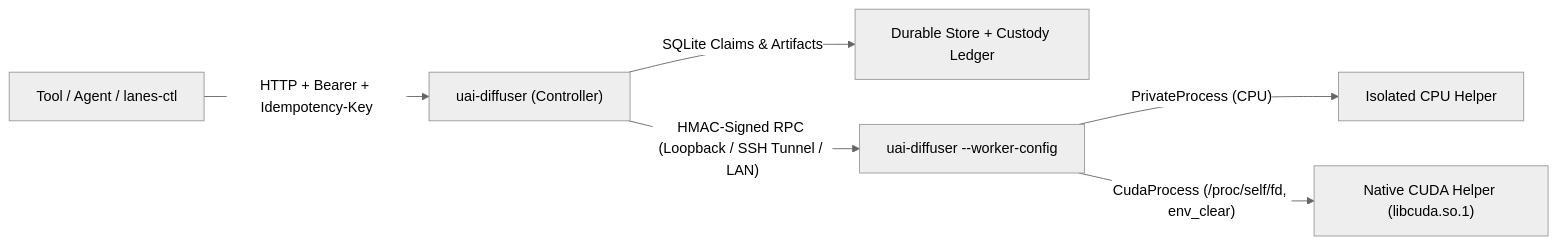
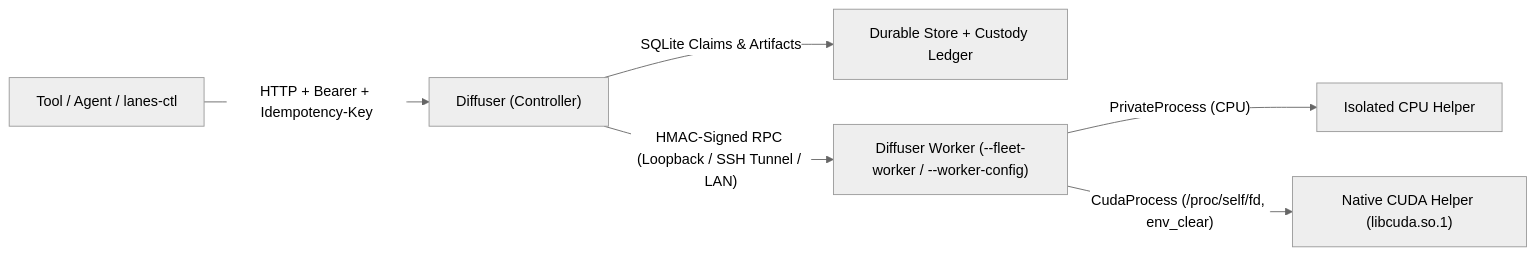
The diagram in README.md (Gavinbombay/Diffuser), drawn with Mermaid (neutral theme) before and after one commit. The commit also changed other lines of this file and 7 other files, not shown here.

````diff
--- a/README.md
+++ b/README.md
@@ -35,8 +34,8 @@
 ```mermaid
 flowchart LR
-    Client["Tool / Agent / lanes-ctl"] -->|"HTTP + Bearer + Idempotency-Key"| Controller["uai-diffuser (Controller)"]
+    Client["Tool / Agent / lanes-ctl"] -->|"HTTP + Bearer + Idempotency-Key"| Controller["Diffuser (Controller)"]
     Controller -->|"SQLite Claims & Artifacts"| Store["Durable Store + Custody Ledger"]
-    Controller -->|"HMAC-Signed RPC (Loopback / SSH Tunnel / LAN)"| Worker["uai-diffuser --worker-config"]
+    Controller -->|"HMAC-Signed RPC (Loopback / SSH Tunnel / LAN)"| Worker["Diffuser Worker (--fleet-worker / --worker-config)"]
     Worker -->|"PrivateProcess (CPU)"| CPU["Isolated CPU Helper"]
     Worker -->|"CudaProcess (/proc/self/fd, env_clear)"| CUDA["Native CUDA Helper (libcuda.so.1)"]
 ```
````
